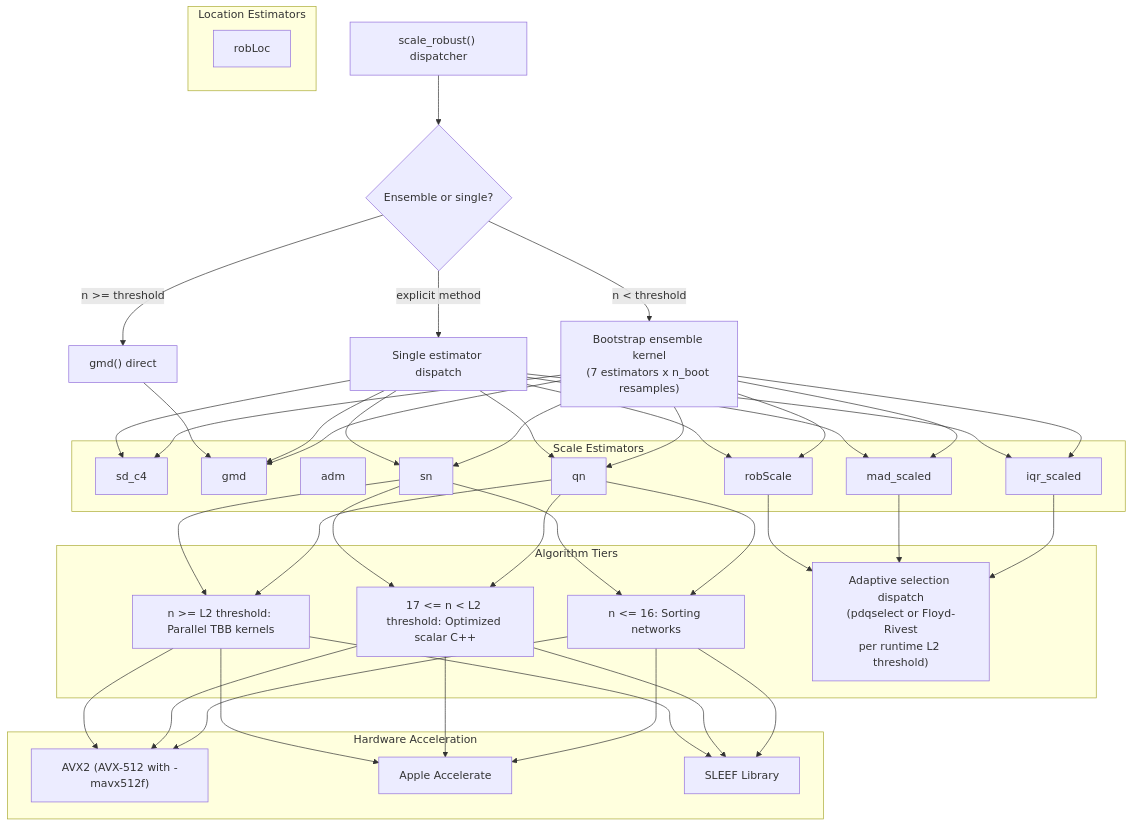
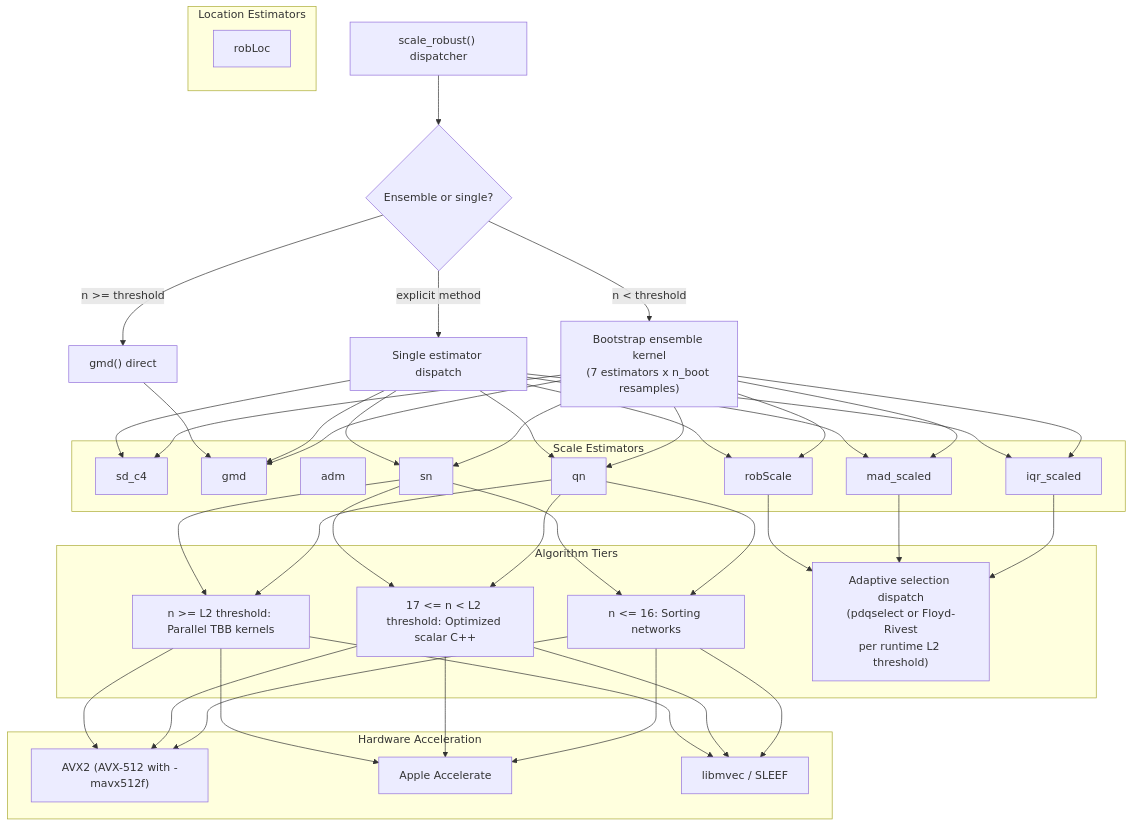
One commit to davdittrich/robscale changed the second of 2 diagrams in README.qmd. Above: the diagram before and after it, drawn with Mermaid. The commit also changed other lines of this file and 4 other files, not shown here.

````diff
--- a/README.qmd
+++ b/README.qmd
@@ -627,44 +628,44 @@
 ```mermaid
 graph TD
     SR["scale_robust() dispatcher"] --> ENS{Ensemble or single?}
     ENS -- "n < threshold" --> BOOT["Bootstrap ensemble kernel<br/>(7 estimators x n_boot resamples)"]
     ENS -- "n >= threshold" --> GMD_FAST["gmd() direct"]
     ENS -- "explicit method" --> SINGLE["Single estimator dispatch"]
 
     subgraph "Scale Estimators"
         SD["sd_c4"]
         GMD["gmd"]
         ADM["adm"]
         QN["qn"]
         SN["sn"]
         RS["robScale"]
         IQR["iqr_scaled"]
         MAD["mad_scaled"]
     end
 
     subgraph "Location Estimators"
         RL["robLoc"]
     end
 
     BOOT --> SD & GMD & MAD & IQR & SN & QN & RS
     SINGLE --> SD & GMD & QN & SN & RS & IQR & MAD
     GMD_FAST --> GMD
 
     subgraph "Algorithm Tiers"
         T1["n <= 16: Sorting networks"]
         T2["17 <= n < L2 threshold: Optimized scalar C++"]
         T3["n >= L2 threshold: Parallel TBB kernels"]
         T4["Adaptive selection dispatch\n(pdqselect or Floyd-Rivest\nper runtime L2 threshold)"]
     end
 
     QN & SN --> T1 & T2 & T3
     IQR & MAD & RS --> T4
 
     subgraph "Hardware Acceleration"
         G["AVX2 (AVX-512 with -mavx512f)"]
         H[Apple Accelerate]
-        I[SLEEF Library]
+        I["libmvec / SLEEF"]
     end
 
     T1 & T2 & T3 --> G & H & I
 ```
````
